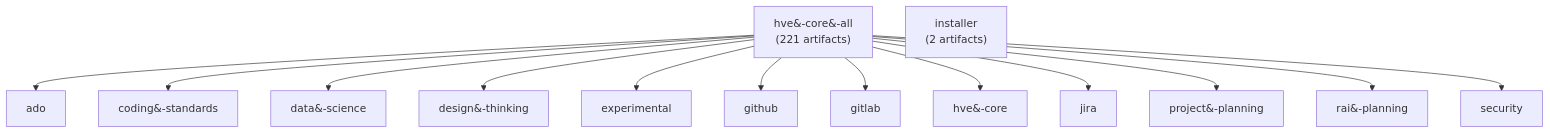
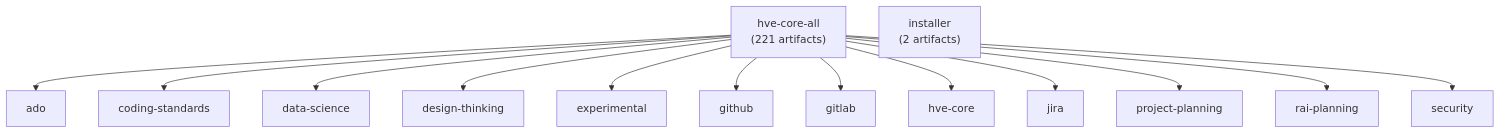
The diagram in docs/getting-started/collections.md (beragowhere/hve-core-adapted), drawn with Mermaid before and after one commit.

Commit message:
fix(docs): use Mermaid-native entity syntax for hyphens
- replace HTML &#45; with Mermaid #45; in quoted node labels
- fixes rendering in GitHub and VS Code Mermaid extensions

🔧 - Generated by Copilot

````diff
--- a/docs/getting-started/collections.md
+++ b/docs/getting-started/collections.md
@@ -55,31 +55,31 @@
 ```mermaid
 graph TD
-    HCA["hve&#45;core&#45;all<br/>(221 artifacts)"]
+    HCA["hve#45;core#45;all<br/>(221 artifacts)"]
     INS["installer<br/>(2 artifacts)"]
 
     ADO["ado"]
-    CS["coding&#45;standards"]
-    DS["data&#45;science"]
-    DT["design&#45;thinking"]
+    CS["coding#45;standards"]
+    DS["data#45;science"]
+    DT["design#45;thinking"]
     EXP["experimental"]
     GH["github"]
     GL["gitlab"]
-    HC["hve&#45;core"]
+    HC["hve#45;core"]
     JR["jira"]
-    PP["project&#45;planning"]
-    RP["rai&#45;planning"]
+    PP["project#45;planning"]
+    RP["rai#45;planning"]
     SP["security"]
 
     HCA --> ADO
     HCA --> CS
     HCA --> DS
     HCA --> DT
     HCA --> EXP
     HCA --> GH
     HCA --> GL
     HCA --> HC
     HCA --> JR
     HCA --> PP
     HCA --> RP
     HCA --> SP
 ```
````
